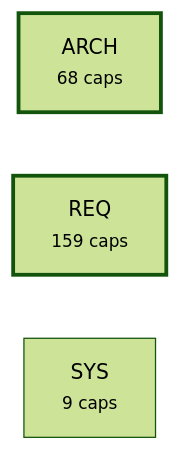
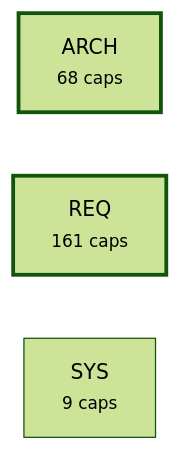
Before and after one commit to alxmax/Requirement-manager: the fourth of 5 diagrams in plugin/requirements/_map.md, drawn with Mermaid (forest theme). The commit also changed other lines of this file and 20 other files, not shown here.

````diff
--- a/plugin/requirements/_map.md
+++ b/plugin/requirements/_map.md
@@ -949,8 +951,8 @@
 ```mermaid
 graph LR
   a_ARCH["ARCH<br><small>68 caps</small>"]
-  a_REQ["REQ<br><small>159 caps</small>"]
+  a_REQ["REQ<br><small>161 caps</small>"]
   a_SYS["SYS<br><small>9 caps</small>"]
   style a_ARCH stroke-width:3px
   style a_REQ stroke-width:3px
 ```
````
